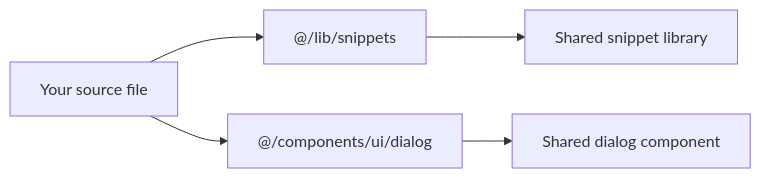
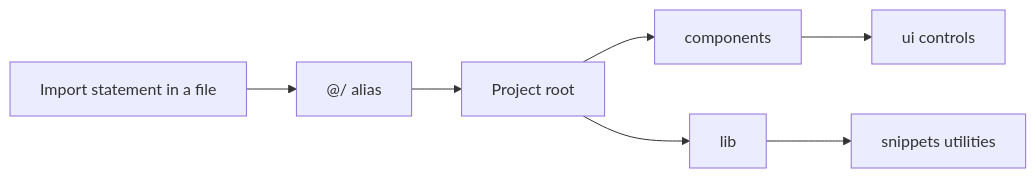
The diagram in api2-documentation/plan_2026-11-02_f8890e/user-facing-docs/typescript-module-aliases.md (Mohita111/API2), drawn with Mermaid before and after one commit. The commit also changed other lines of this file and 12 other files, not shown here.

````diff
--- a/api2-documentation/plan_2026-11-02_f8890e/user-facing-docs/typescript-module-aliases.md
+++ b/api2-documentation/plan_2026-11-02_f8890e/user-facing-docs/typescript-module-aliases.md
@@ -22,7 +13,9 @@
 ```mermaid
 graph LR
-    A["Your source file"] --> B["@/lib/snippets"]
-    A --> C["@/components/ui/dialog"]
-    B --> D["Shared snippet library"]
-    C --> E["Shared dialog component"]
+    A["Import statement in a file"] --> B["@/ alias"]
+    B --> C["Project root"]
+    C --> D["components"]
+    C --> E["lib"]
+    D --> F["ui controls"]
+    E --> G["snippets utilities"]
 ```
````
